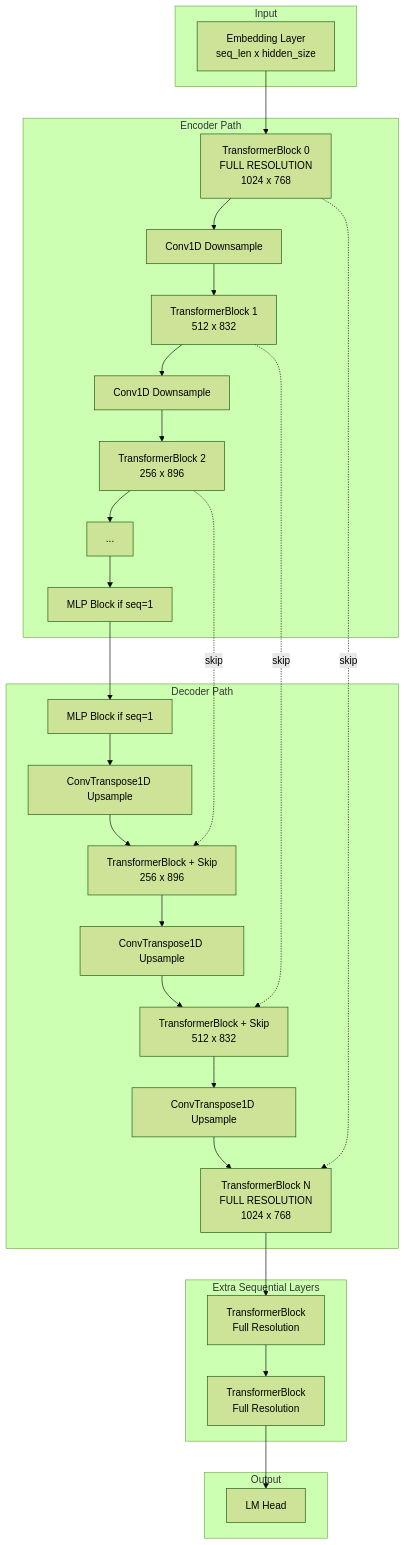
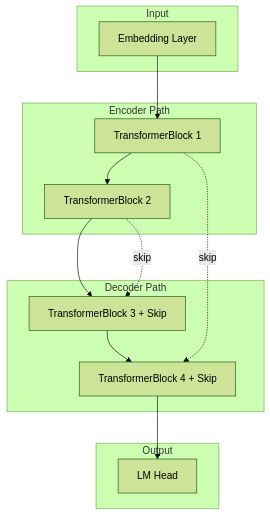
One commit to Synthyra/SpeedrunningPLMs changed the second of 3 diagrams in README.md. Above: the diagram before and after it, drawn with Mermaid (forest theme). The commit also changed other lines of this file and 7 other files, not shown here.

````diff
--- a/README.md
+++ b/README.md
@@ -97,44 +97,24 @@
 ```mermaid
 flowchart TB
     subgraph Input
-        emb[Embedding Layer<br/>seq_len x hidden_size]
+        emb[Embedding Layer]
     end
-    
+
     subgraph Encoder[Encoder Path]
-        e0[TransformerBlock 0<br/>FULL RESOLUTION<br/>1024 x 768]
-        down1[Conv1D Downsample]
-        e1[TransformerBlock 1<br/>512 x 832]
-        down2[Conv1D Downsample]
-        e2[TransformerBlock 2<br/>256 x 896]
-        down3[...]
-        eN[MLP Block if seq=1]
+        e1[TransformerBlock 1]
+        e2[TransformerBlock 2]
     end
-    
+
     subgraph Decoder[Decoder Path]
-        dN[MLP Block if seq=1]
-        up1[ConvTranspose1D Upsample]
-        d2[TransformerBlock + Skip<br/>256 x 896]
-        up2[ConvTranspose1D Upsample]
-        d1[TransformerBlock + Skip<br/>512 x 832]
-        up3[ConvTranspose1D Upsample]
-        d0[TransformerBlock N<br/>FULL RESOLUTION<br/>1024 x 768]
+        d2[TransformerBlock 3 + Skip]
+        d1[TransformerBlock 4 + Skip]
     end
-    
-    subgraph ExtraLayers[Extra Sequential Layers]
-        ex1[TransformerBlock<br/>Full Resolution]
-        ex2[TransformerBlock<br/>Full Resolution]
-    end
-    
+
     subgraph Output
         head[LM Head]
     end
-    
-    emb --> e0
-    e0 --> down1 --> e1 --> down2 --> e2 --> down3 --> eN
-    eN --> dN --> up1 --> d2 --> up2 --> d1 --> up3 --> d0
-    d0 --> ex1 --> ex2 --> head
-    
-    e0 -.->|skip| d0
+
+    emb --> e1 --> e2 --> d2 --> d1 --> head
     e1 -.->|skip| d1
     e2 -.->|skip| d2
 ```
````
